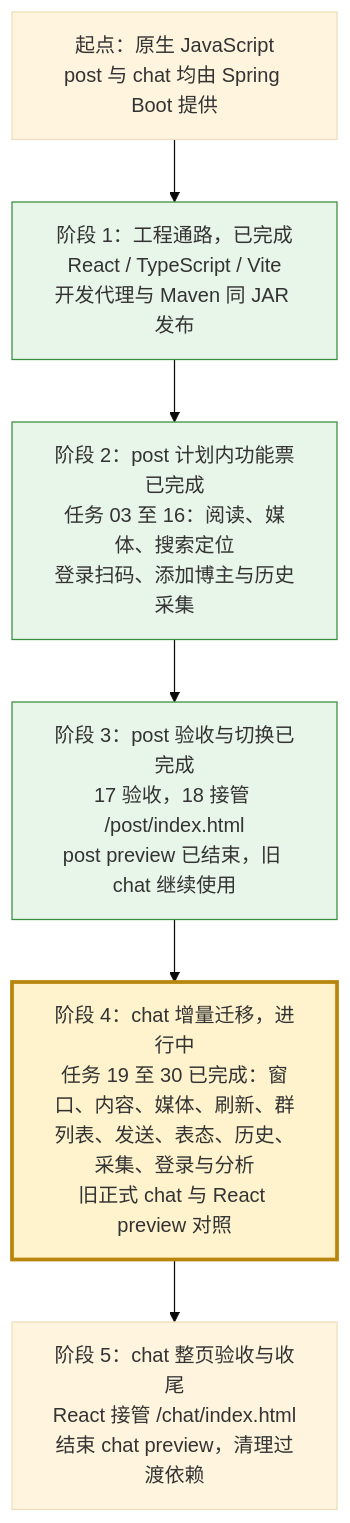
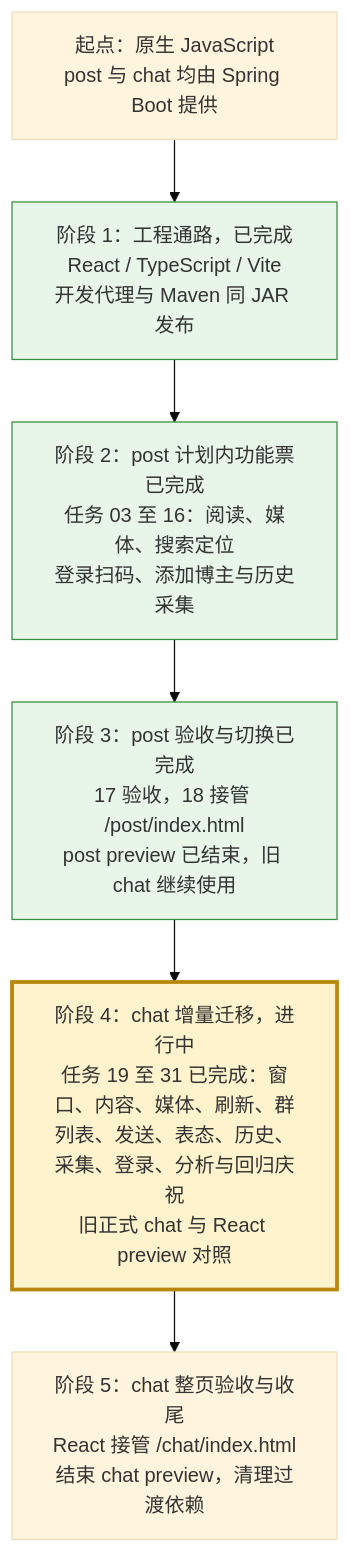
The diagram in .scratch/react-migration/PLAN.md (findxyz/vb-weibo-plus), drawn with Mermaid (base theme) before and after one commit. The commit also changed other lines of this file and 9 other files, not shown here.

````diff
--- a/.scratch/react-migration/PLAN.md
+++ b/.scratch/react-migration/PLAN.md
@@ -17,14 +17,14 @@
 ```mermaid
 flowchart TD
     A["起点：原生 JavaScript<br/>post 与 chat 均由 Spring Boot 提供"]
     B["阶段 1：工程通路，已完成<br/>React / TypeScript / Vite<br/>开发代理与 Maven 同 JAR 发布"]
     C["阶段 2：post 计划内功能票已完成<br/>任务 03 至 16：阅读、媒体、搜索定位<br/>登录扫码、添加博主与历史采集"]
     D["阶段 3：post 验收与切换已完成<br/>17 验收，18 接管 /post/index.html<br/>post preview 已结束，旧 chat 继续使用"]
-    E["阶段 4：chat 增量迁移，进行中<br/>任务 19 至 30 已完成：窗口、内容、媒体、刷新、群列表、发送、表态、历史、采集、登录与分析<br/>旧正式 chat 与 React preview 对照"]
+    E["阶段 4：chat 增量迁移，进行中<br/>任务 19 至 31 已完成：窗口、内容、媒体、刷新、群列表、发送、表态、历史、采集、登录、分析与回归庆祝<br/>旧正式 chat 与 React preview 对照"]
     F["阶段 5：chat 整页验收与收尾<br/>React 接管 /chat/index.html<br/>结束 chat preview，清理过渡依赖"]
     A --> B --> C --> D --> E --> F
     classDef complete fill:#e8f5e9,stroke:#388e3c
     classDef current fill:#fff3cd,stroke:#b8860b,stroke-width:3px
     class B,C,D complete
     class E current
 ```
````
